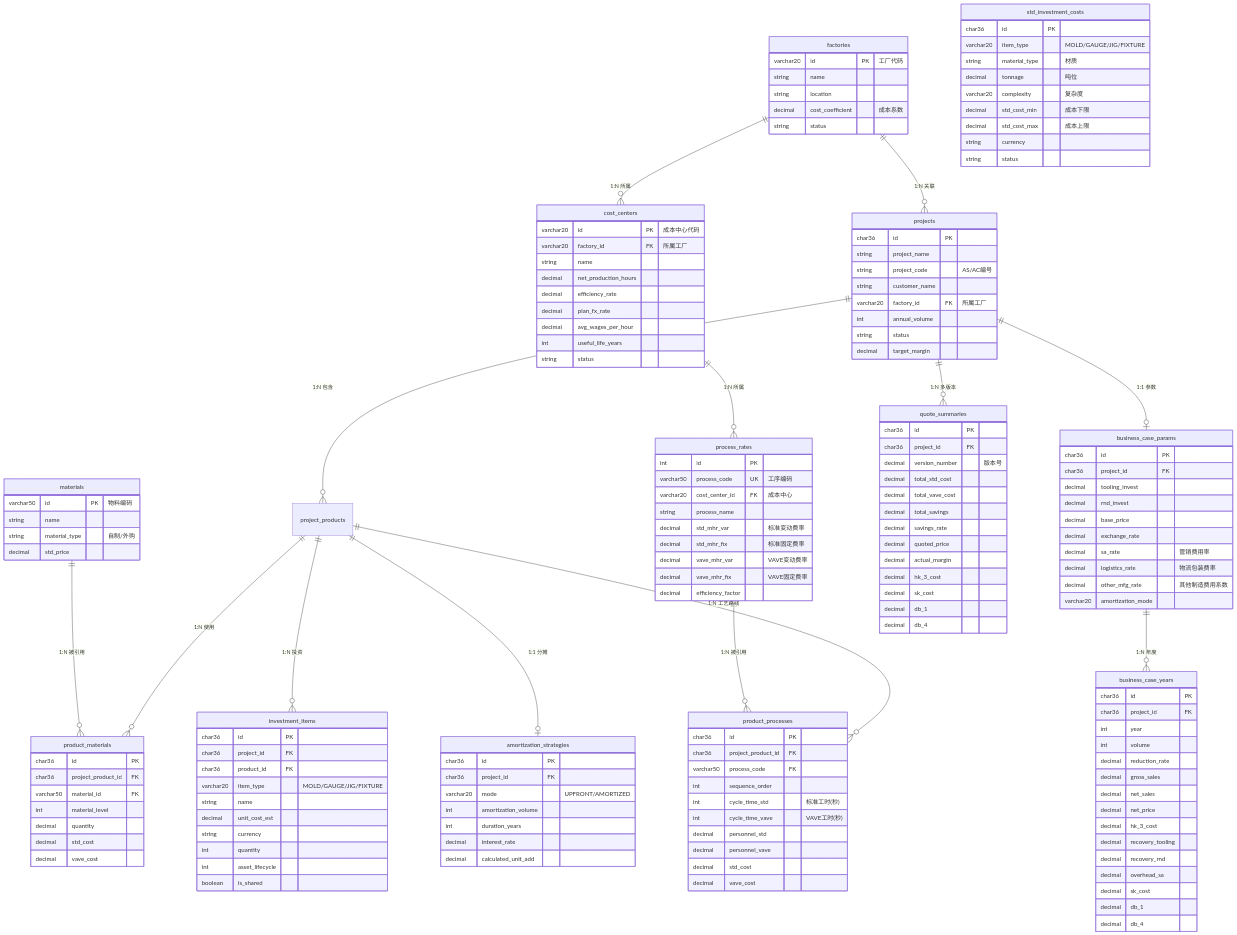
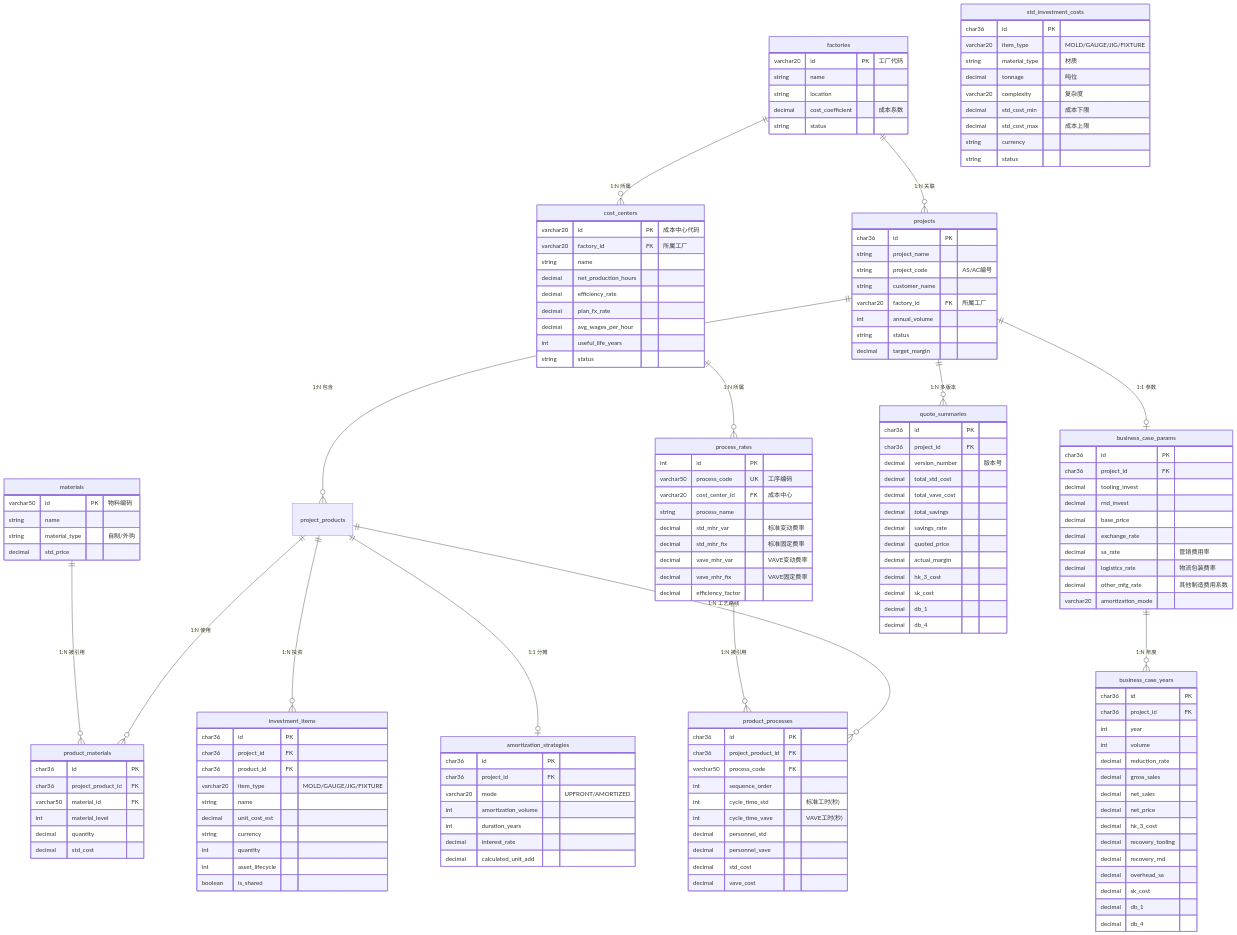
The diagram in docs/DATABASE_DESIGN.md (randyluo85/Quoting-Copilot), drawn with Mermaid before and after one commit.

Commit message:
auto: claude changes

```diff
--- a/docs/DATABASE_DESIGN.md
+++ b/docs/DATABASE_DESIGN.md
@@ -112,7 +112,6 @@
         int material_level
         decimal quantity
         decimal std_cost
-        decimal vave_cost
     }
 
     process_rates {
```
